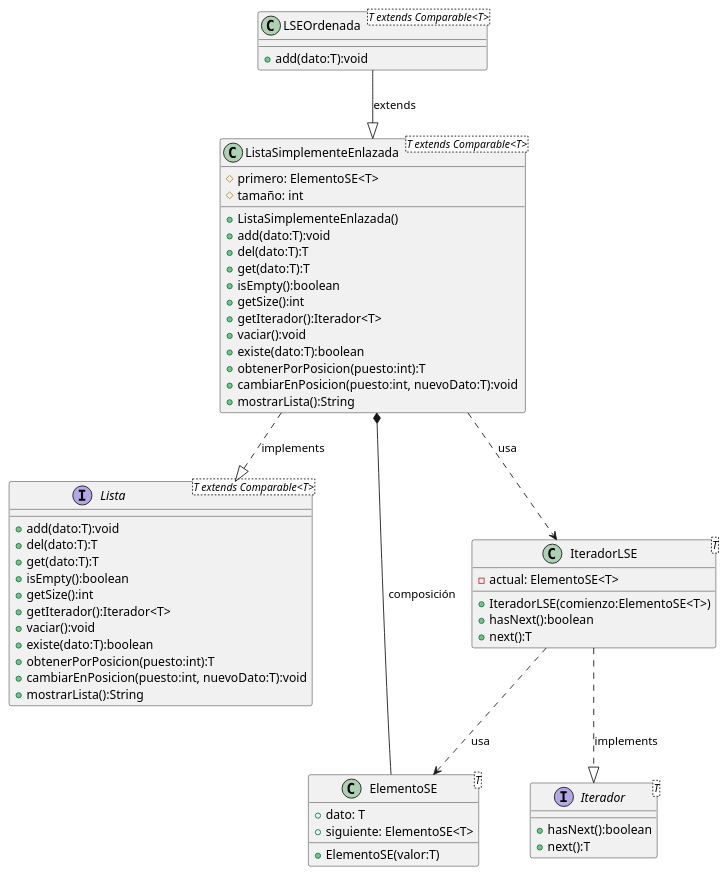
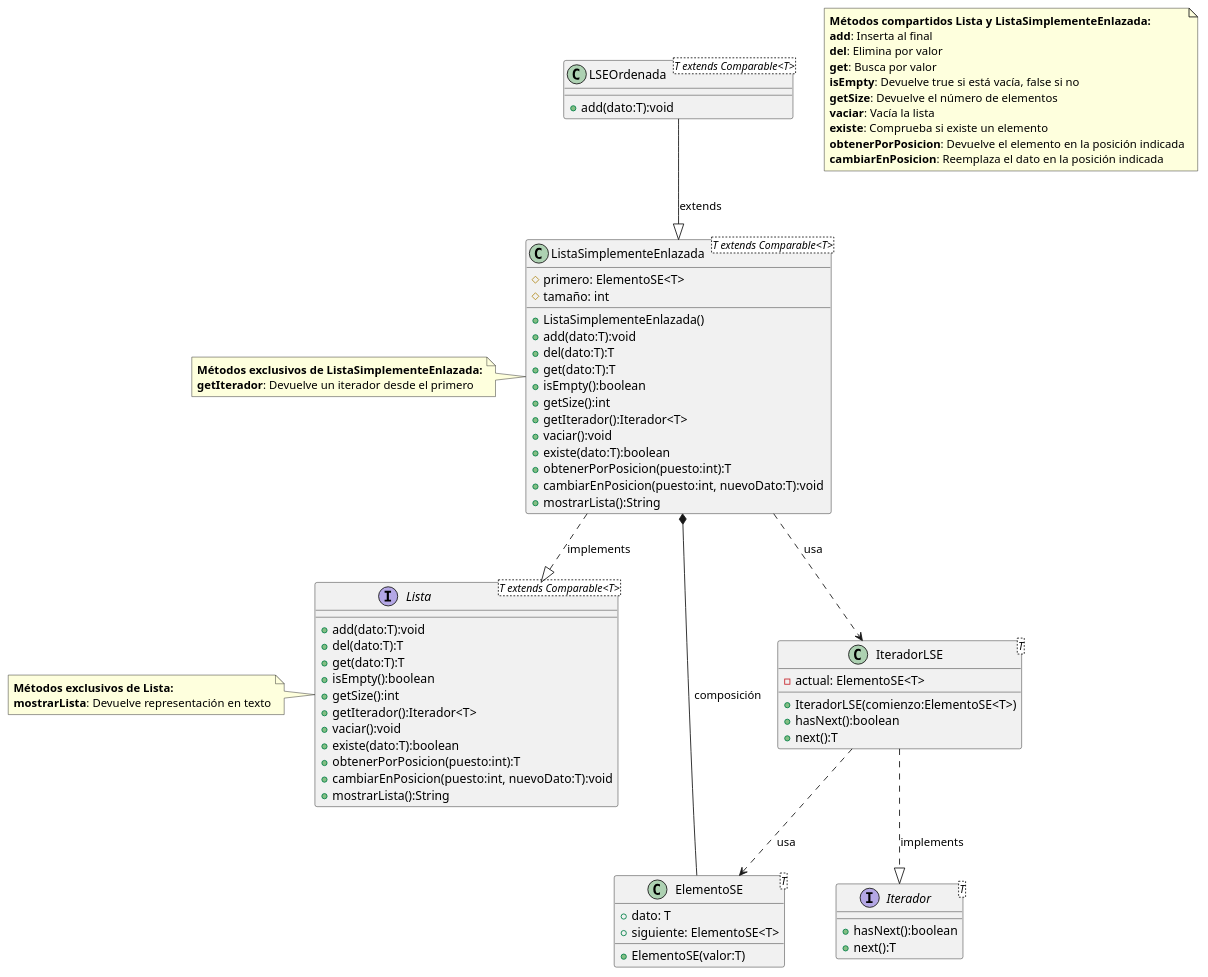
One commit to hugob-gl07/Estructura-Datos-Equipo changed the diagram in src/EstructurasdeDatos/LSE/ListaModular/Diagrama ListaModular.puml. Above: the diagram before and after it, drawn with PlantUML. The commit also changed 12 other files, not shown here.

Commit message:
Cambios en los diagrama ULM

```diff
--- a/src/EstructurasdeDatos/LSE/ListaModular/Diagrama ListaModular.puml
+++ b/src/EstructurasdeDatos/LSE/ListaModular/Diagrama ListaModular.puml
@@ -1,56 +1,80 @@
 @startuml
 interface Iterador<T> {
     + hasNext():boolean
     + next():T
 }
 interface Lista<T extends Comparable<T>> {
     + add(dato:T):void
     + del(dato:T):T
     + get(dato:T):T
     + isEmpty():boolean
     + getSize():int
     + getIterador():Iterador<T>
     + vaciar():void
     + existe(dato:T):boolean
     + obtenerPorPosicion(puesto:int):T
     + cambiarEnPosicion(puesto:int, nuevoDato:T):void
     + mostrarLista():String
 }
 class ElementoSE<T> {
     + dato: T
     + siguiente: ElementoSE<T>
     + ElementoSE(valor:T)
 }
-
 class IteradorLSE<T> {
     - actual: ElementoSE<T>
     + IteradorLSE(comienzo:ElementoSE<T>)
     + hasNext():boolean
     + next():T
 }
 class ListaSimplementeEnlazada<T extends Comparable<T>> {
     # primero: ElementoSE<T>
     # tamaño: int
     + ListaSimplementeEnlazada()
     + add(dato:T):void
     + del(dato:T):T
     + get(dato:T):T
     + isEmpty():boolean
     + getSize():int
     + getIterador():Iterador<T>
     + vaciar():void
     + existe(dato:T):boolean
     + obtenerPorPosicion(puesto:int):T
     + cambiarEnPosicion(puesto:int, nuevoDato:T):void
     + mostrarLista():String
 }
 class LSEOrdenada<T extends Comparable<T>> {
     + add(dato:T):void
 }
 IteradorLSE ..|> Iterador : implements
 ListaSimplementeEnlazada ..|> Lista : implements
 LSEOrdenada --|> ListaSimplementeEnlazada : extends
 ListaSimplementeEnlazada *-- ElementoSE : composición
 ListaSimplementeEnlazada ..> IteradorLSE : usa
 IteradorLSE ..> ElementoSE : usa
+
+note left of ListaSimplementeEnlazada
+**Métodos exclusivos de ListaSimplementeEnlazada:**
+**getIterador**: Devuelve un iterador desde el primero
+end note
+
+note left of Lista
+**Métodos exclusivos de Lista:**
+**mostrarLista**: Devuelve representación en texto
+end note
+
+note as N1
+**Métodos compartidos Lista y ListaSimplementeEnlazada:**
+**add**: Inserta al final
+**del**: Elimina por valor
+**get**: Busca por valor
+**isEmpty**: Devuelve true si está vacía, false si no
+**getSize**: Devuelve el número de elementos
+**vaciar**: Vacía la lista
+**existe**: Comprueba si existe un elemento
+**obtenerPorPosicion**: Devuelve el elemento en la posición indicada
+**cambiarEnPosicion**: Reemplaza el dato en la posición indicada
+end note
+
+
 @enduml
```
